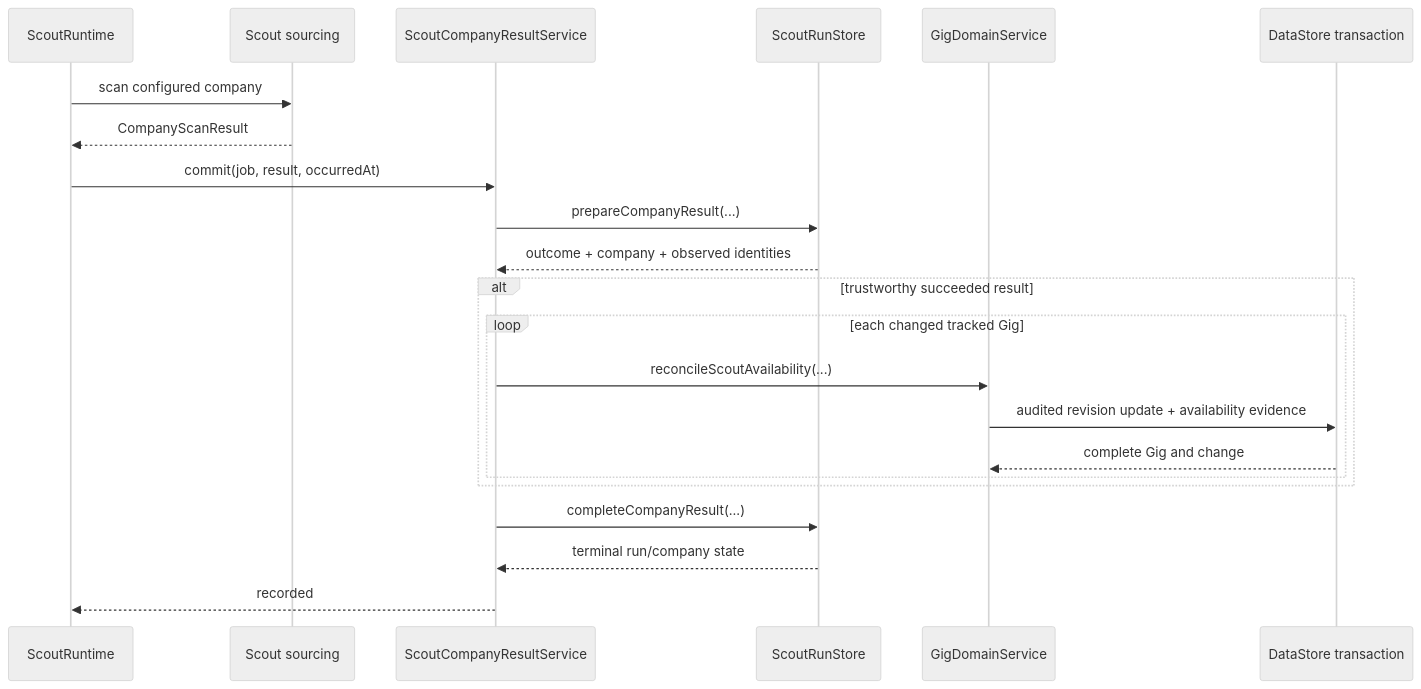
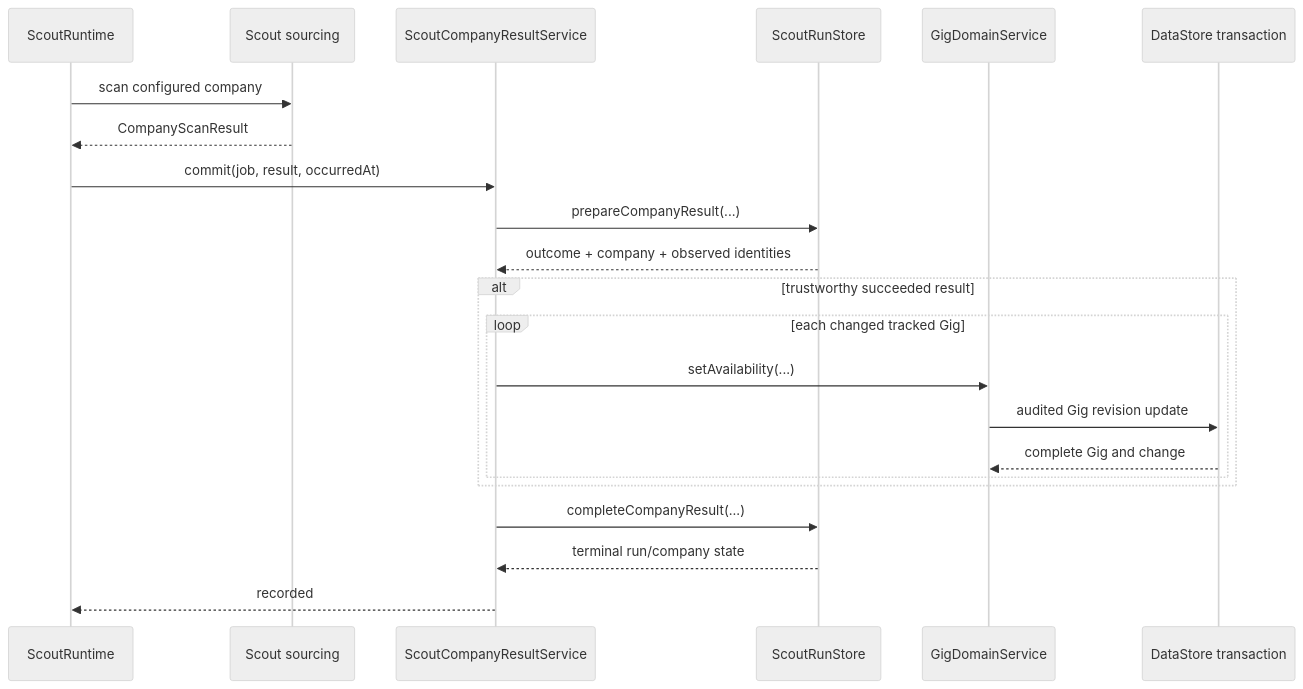
One commit to paulmccallick/gig-finder changed the diagram in docs/superpowers/specs/2026-08-26-scout-gig-availability-domain-design.md. Above: the diagram before and after it, drawn with Mermaid (neutral theme). The commit also changed other lines of this file, not shown here.

Commit message:
docs: make availability a Gig capability

````diff
--- a/docs/superpowers/specs/2026-08-26-scout-gig-availability-domain-design.md
+++ b/docs/superpowers/specs/2026-08-26-scout-gig-availability-domain-design.md
@@ -139,25 +136,25 @@
 ```mermaid
 sequenceDiagram
   participant Queue as ScoutRuntime
   participant Scan as Scout sourcing
   participant Core as ScoutCompanyResultService
   participant ScoutDB as ScoutRunStore
   participant Gig as GigDomainService
   participant UoW as DataStore transaction
 
   Queue->>Scan: scan configured company
   Scan-->>Queue: CompanyScanResult
   Queue->>Core: commit(job, result, occurredAt)
   Core->>ScoutDB: prepareCompanyResult(...)
   ScoutDB-->>Core: outcome + company + observed identities
   alt trustworthy succeeded result
     loop each changed tracked Gig
-      Core->>Gig: reconcileScoutAvailability(...)
-      Gig->>UoW: audited revision update + availability evidence
+      Core->>Gig: setAvailability(...)
+      Gig->>UoW: audited Gig revision update
       UoW-->>Gig: complete Gig and change
     end
   end
   Core->>ScoutDB: completeCompanyResult(...)
   ScoutDB-->>Core: terminal run/company state
   Core-->>Queue: recorded
 ```
````
